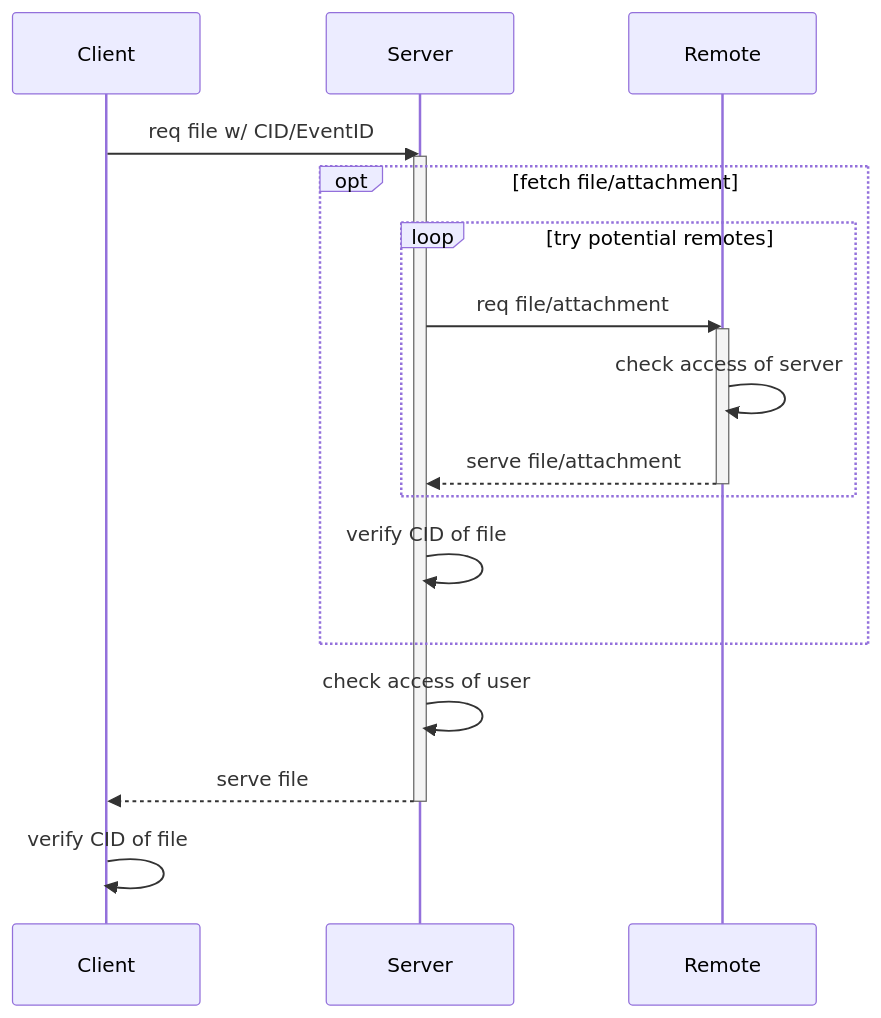
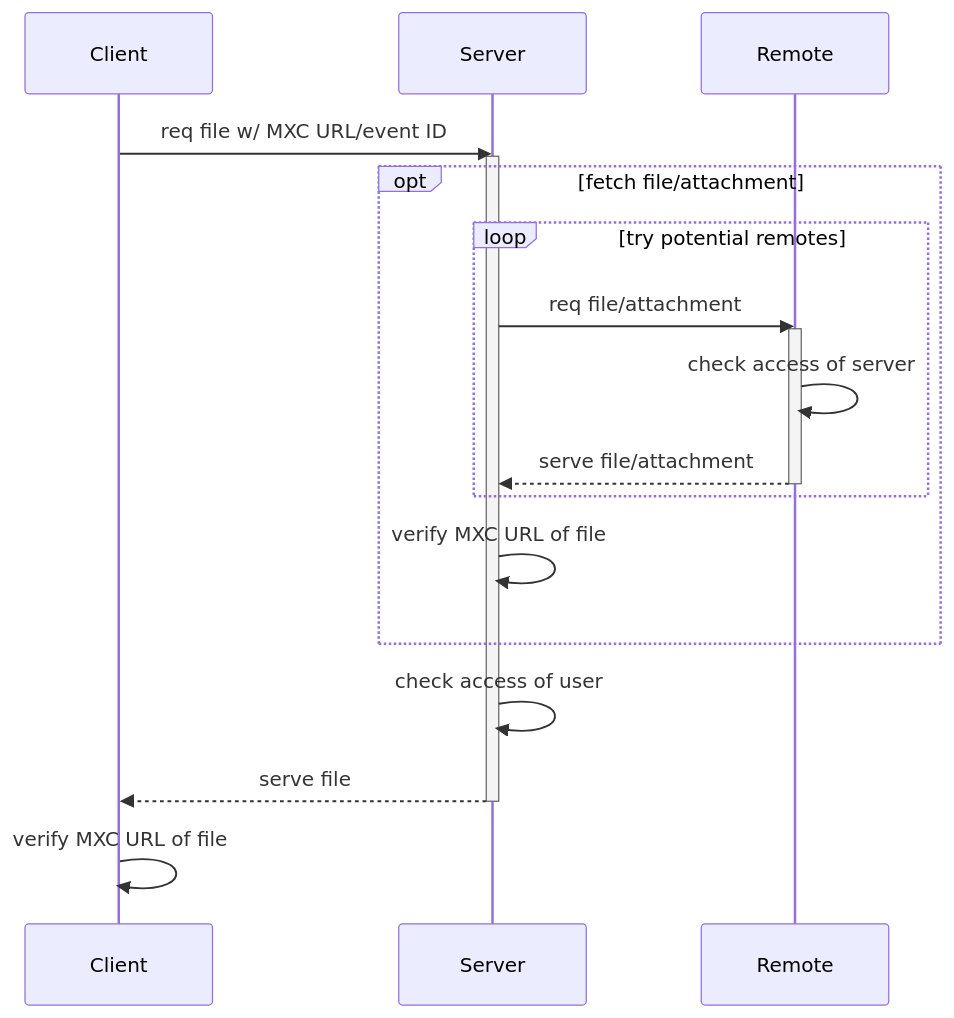
Before and after one commit to anoadragon453/matrix-doc: the third of 3 diagrams in proposals/xxxx-authenticated-media.md, drawn with Mermaid. The commit also changed other lines of this file, not shown here.

````diff
--- a/proposals/xxxx-authenticated-media.md
+++ b/proposals/xxxx-authenticated-media.md
@@ -185,22 +155,22 @@
 ```mermaid
 sequenceDiagram
   participant C as Client
   participant S as Server
   participant R as Remote
-  C->>S: req file w/ CID/EventID
+  C->>S: req file w/ MXC URL/event ID
   activate S
   opt fetch file/attachment
     loop try potential remotes
       S->>R: req file/attachment
       activate R
       R->>R: check access of server
       R-->>S: serve file/attachment
       deactivate R
     end
-    S->>S: verify CID of file
+    S->>S: verify MXC URL of file
   end
   S->>S: check access of user
   S-->>C: serve file
   deactivate S
-  C->>C: verify CID of file
+  C->>C: verify MXC URL of file
 ```
````
